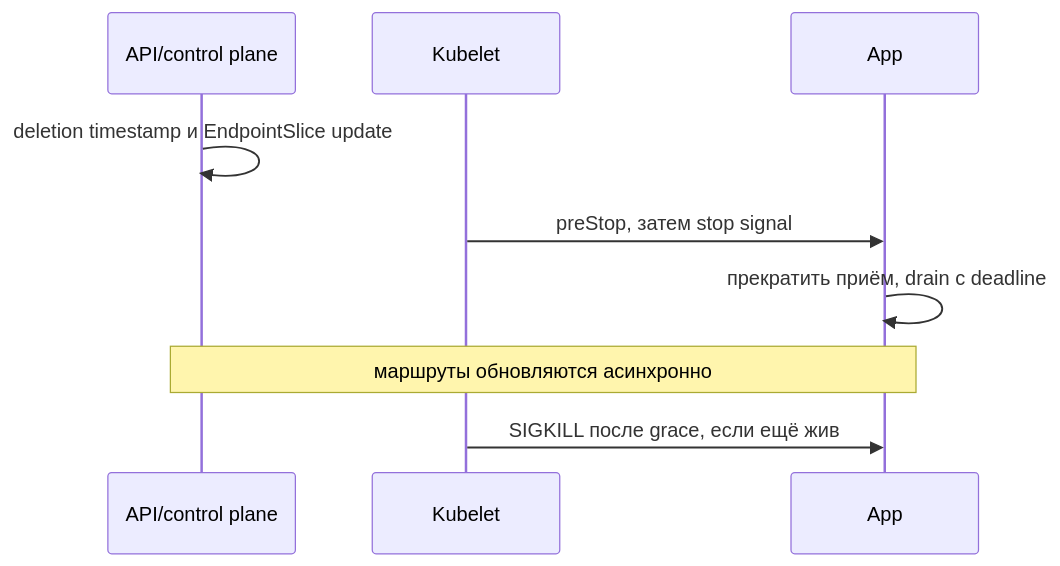
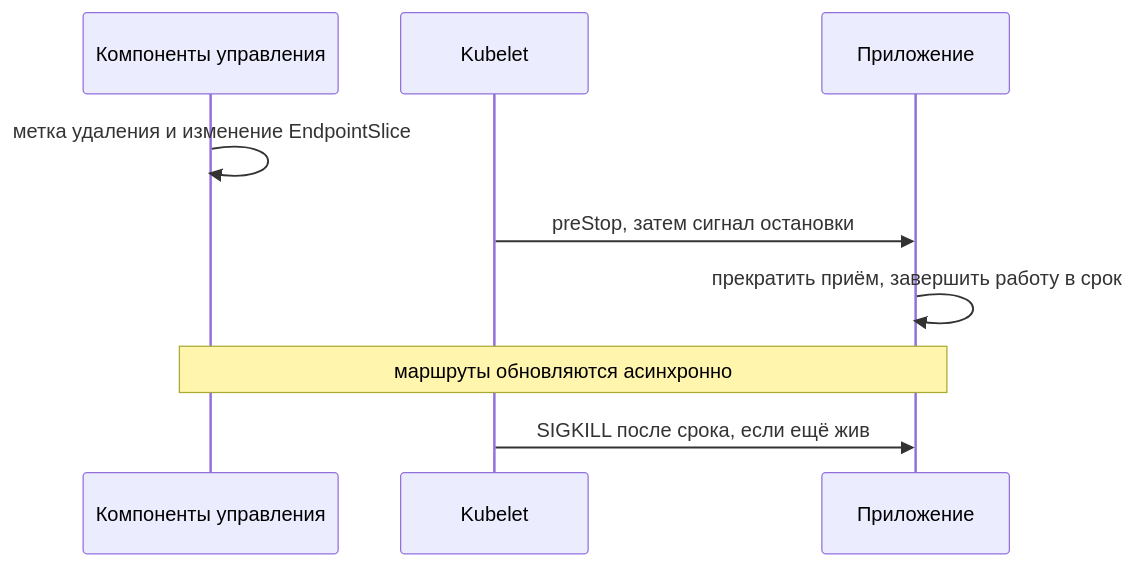
The diagram in docs/containers/kubernetes/graceful-shutdown.md (leary1337/vault), drawn with Mermaid before and after one commit. The commit also changed other lines of this file and 325 other files, not shown here.

````diff
--- a/docs/containers/kubernetes/graceful-shutdown.md
+++ b/docs/containers/kubernetes/graceful-shutdown.md
@@ -40,11 +29,11 @@
 ```mermaid
 sequenceDiagram
-    participant A as API/control plane
+    participant A as Компоненты управления
     participant K as Kubelet
-    participant P as App
-    A->>A: deletion timestamp и EndpointSlice update
-    K->>P: preStop, затем stop signal
-    P->>P: прекратить приём, drain с deadline
+    participant P as Приложение
+    A->>A: метка удаления и изменение EndpointSlice
+    K->>P: preStop, затем сигнал остановки
+    P->>P: прекратить приём, завершить работу в срок
     Note over A,P: маршруты обновляются асинхронно
-    K->>P: SIGKILL после grace, если ещё жив
+    K->>P: SIGKILL после срока, если ещё жив
 ```
````
